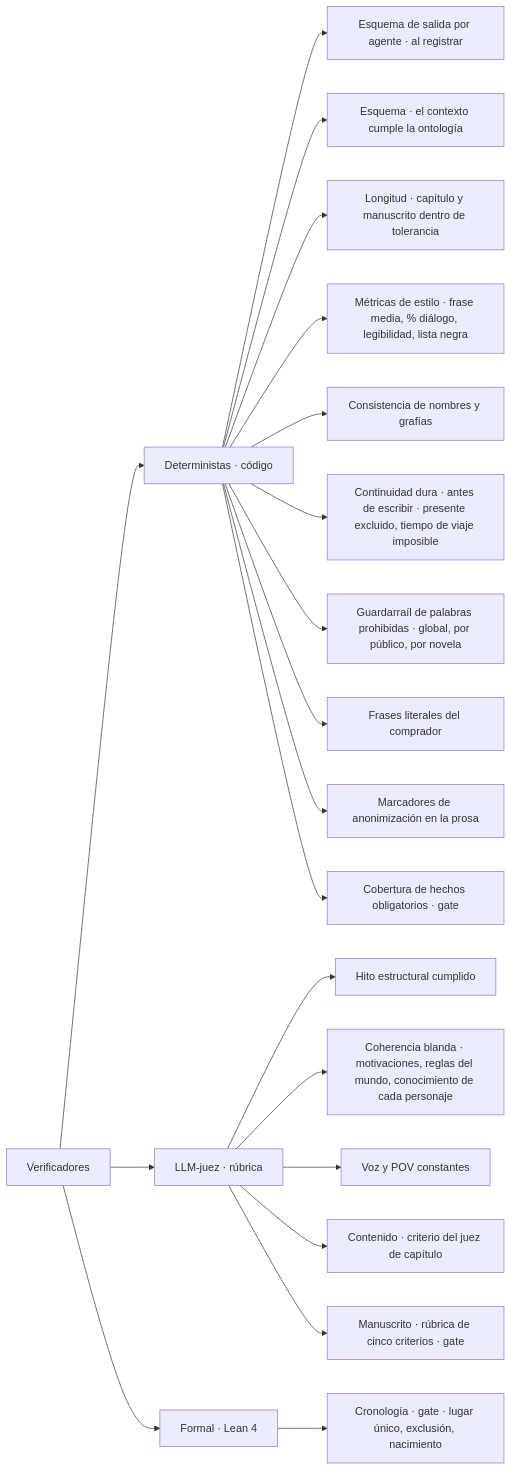
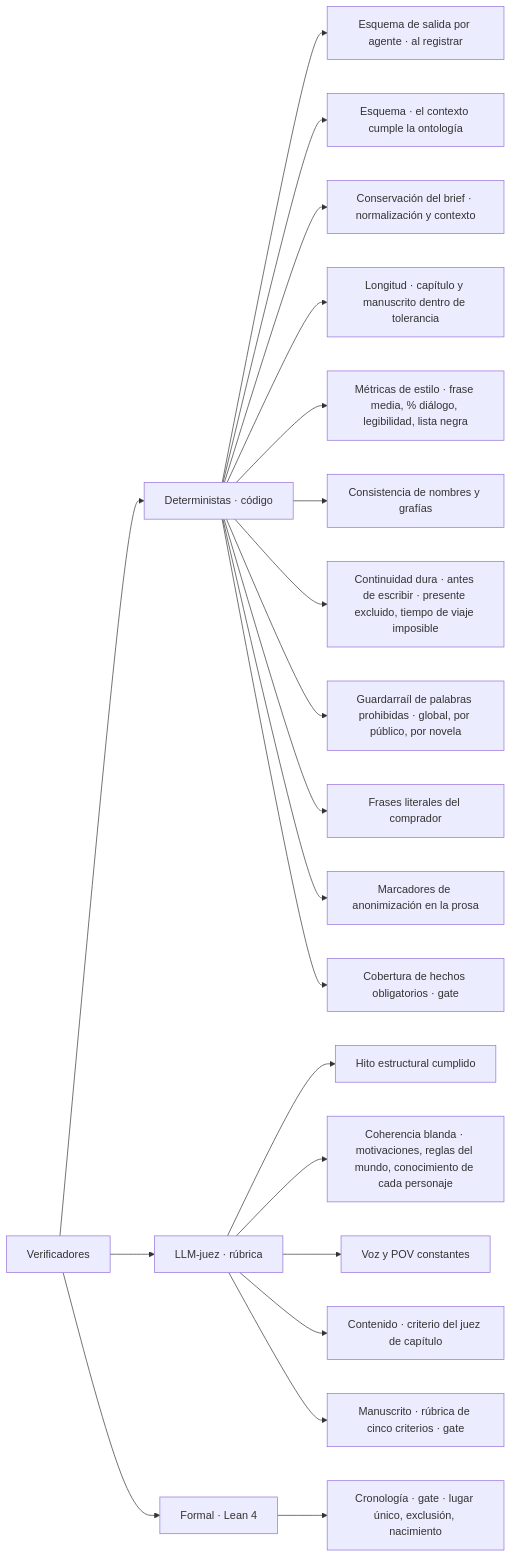
One commit to Asieribarz/my-story-marker changed the fifth of 10 diagrams in docs/architecture.md. Above: the diagram before and after it, drawn with Mermaid. The commit also changed other lines of this file and 160 other files, not shown here.

````diff
--- a/docs/architecture.md
+++ b/docs/architecture.md
@@ -263,22 +263,23 @@
 ```mermaid
 flowchart LR
   V["Verificadores"] --> D["Deterministas · código"]
   D --> D0["Esquema de salida por agente · al registrar"]
   V --> J["LLM-juez · rúbrica"]
   D --> D1["Esquema · el contexto cumple la ontología"]
+  D --> D1a["Conservación del brief · normalización y contexto"]
   D --> D2["Longitud · capítulo y manuscrito dentro de tolerancia"]
   D --> D3["Métricas de estilo · frase media, % diálogo, legibilidad, lista negra"]
   D --> D4["Consistencia de nombres y grafías"]
   D --> D5["Continuidad dura · antes de escribir · presente excluido, tiempo de viaje imposible"]
   D --> D6["Guardarraíl de palabras prohibidas · global, por público, por novela"]
   D --> D7["Frases literales del comprador"]
   D --> D9["Marcadores de anonimización en la prosa"]
   D --> D8["Cobertura de hechos obligatorios · gate"]
   V --> F["Formal · Lean 4"]
   F --> F1["Cronología · gate · lugar único, exclusión, nacimiento"]
   J --> J1["Hito estructural cumplido"]
   J --> J2["Coherencia blanda · motivaciones, reglas del mundo, conocimiento de cada personaje"]
   J --> J3["Voz y POV constantes"]
   J --> J4["Contenido · criterio del juez de capítulo"]
   J --> J5["Manuscrito · rúbrica de cinco criterios · gate"]
 ```
````
